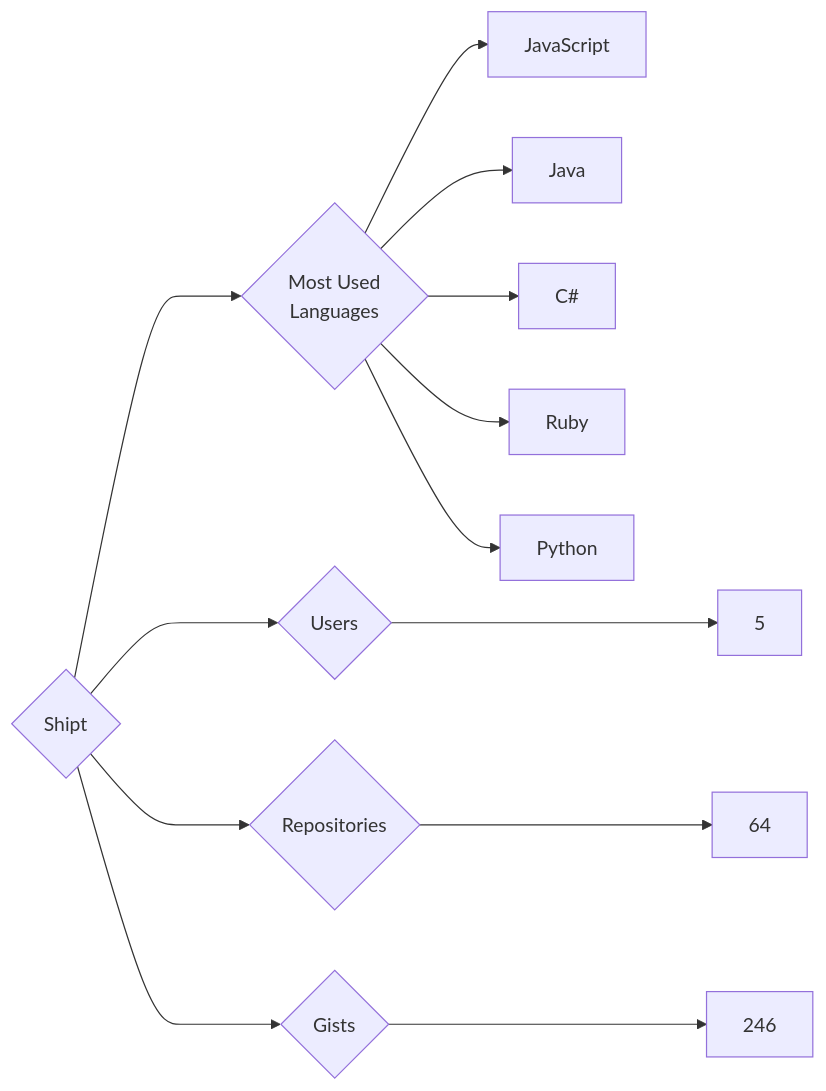
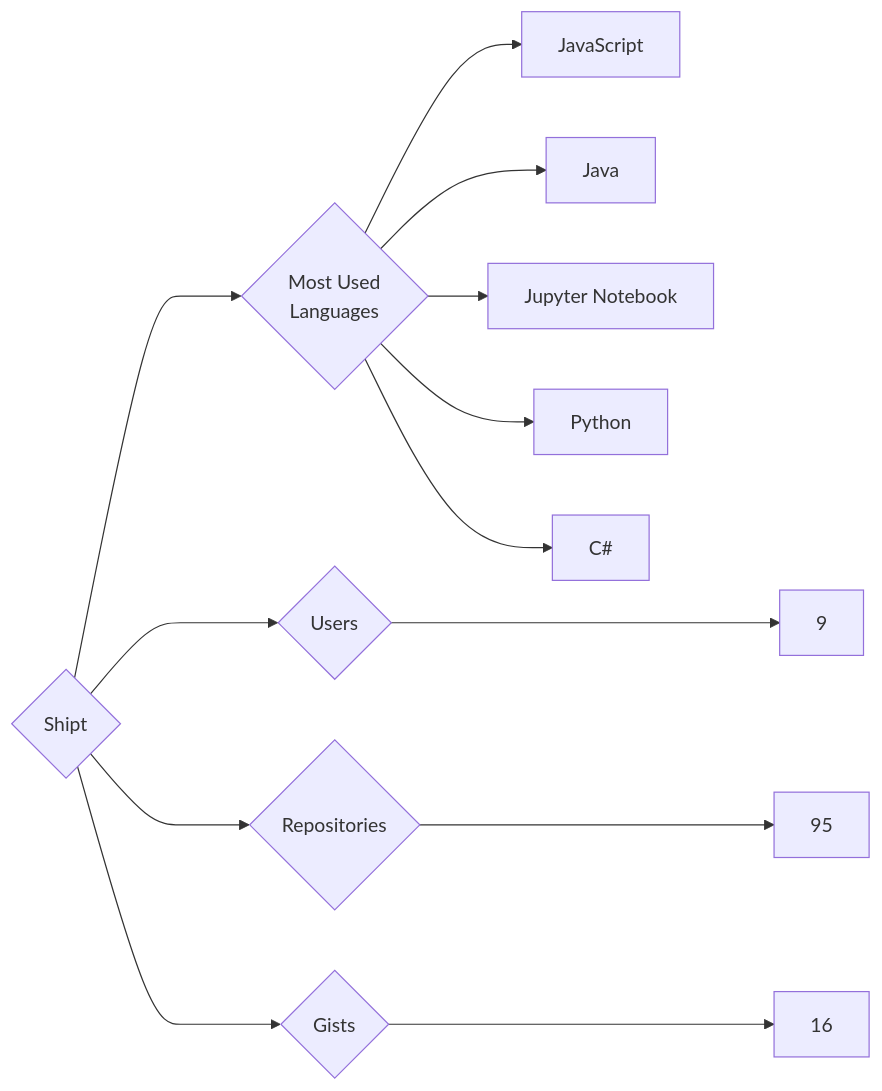
Before and after one commit to trickest/insiders: the diagram in targets/Shipt/README.md, drawn with Mermaid. The commit also changed 948 other files, not shown here.

````diff
--- a/targets/Shipt/README.md
+++ b/targets/Shipt/README.md
@@ -3,13 +3,13 @@
 ```mermaid
 graph LR
 COMPANY_NAME{Shipt}
-COMPANY_NAME ---> U{Users} ---> UN[5]
-COMPANY_NAME ---> R{Repositories} ---> RN[64]
-COMPANY_NAME ---> G{Gists} ---> GN[246]
+COMPANY_NAME ---> U{Users} ---> UN[9]
+COMPANY_NAME ---> R{Repositories} ---> RN[95]
+COMPANY_NAME ---> G{Gists} ---> GN[16]
 COMPANY_NAME ---> ML{Most Used<br>Languages}
 ML --> JavaScript[JavaScript]
 ML --> Java[Java]
+ML --> Jupyter_Notebook[Jupyter Notebook]
+ML --> Python[Python]
 ML --> C#[C#]
-ML --> Ruby[Ruby]
-ML --> Python[Python]
 ```
````
